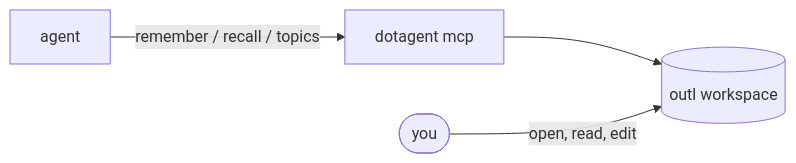
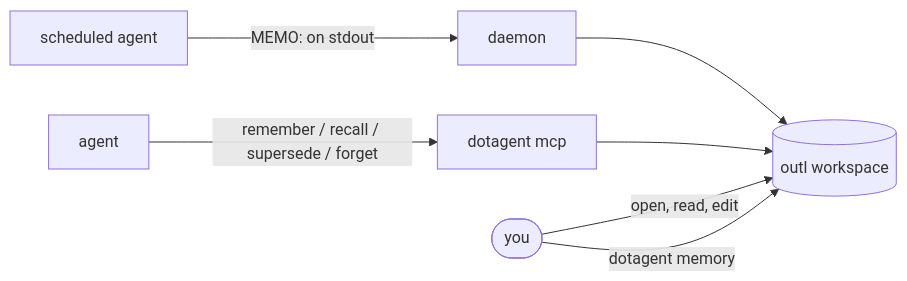
The first of 2 diagrams in docs/concepts/memory.md (avelino/dotagent), drawn with Mermaid before and after one commit. The commit also changed other lines of this file and 56 other files, not shown here.

First line of the commit message:
feat: rank recall and stop memory from rotting

````diff
--- a/docs/concepts/memory.md
+++ b/docs/concepts/memory.md
@@ -11,6 +11,9 @@
 ```mermaid
 flowchart LR
-    agent[agent] -->|remember / recall / topics| mcp[dotagent mcp]
-    mcp --> ws[(outl workspace)]
+    agent[agent] -->|remember / recall / supersede / forget| mcp[dotagent mcp]
+    sched[scheduled agent] -->|MEMO: on stdout| daemon[daemon]
+    daemon --> ws[(outl workspace)]
+    mcp --> ws
     you([you]) -->|open, read, edit| ws
+    you -->|dotagent memory| ws
 ```
````
